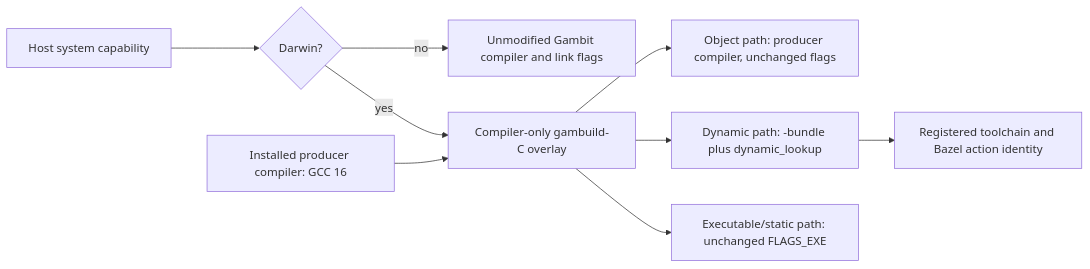
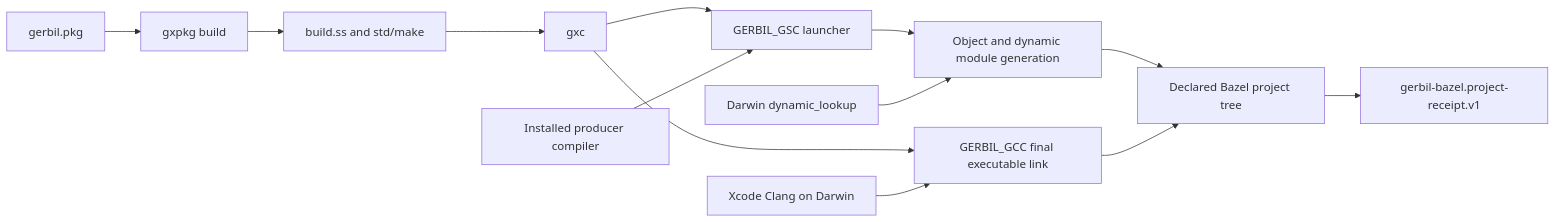
The second of 2 diagrams in docs/rfc/0004-project-receipt-v1-stability.org (tao3k/gerbil-bazel), drawn with Mermaid before and after one commit. The commit also changed other lines of this file and 29 other files, not shown here.

Commit message:
refactor: delegate Gerbil package and linker semantics upstream

```diff
--- a/docs/rfc/0004-project-receipt-v1-stability.org
+++ b/docs/rfc/0004-project-receipt-v1-stability.org
@@ -103,11 +111,15 @@
 #+begin_src mermaid
 flowchart LR
-  Host["Host system capability"] --> Choice{"Darwin?"}
-  Choice -->|"no"| Upstream["Unmodified Gambit compiler and link flags"]
-  Choice -->|"yes"| Overlay["Compiler-only gambuild-C overlay"]
-  Producer["Installed producer compiler: GCC 16"] --> Overlay
-  Overlay --> Obj["Object path: producer compiler, unchanged flags"]
-  Overlay --> Dyn["Dynamic path: -bundle plus dynamic_lookup"]
-  Overlay --> Exe["Executable/static path: unchanged FLAGS_EXE"]
-  Dyn --> ABI["Registered toolchain and Bazel action identity"]
+  Package["gerbil.pkg"] --> GXPKG["gxpkg build"]
+  GXPKG --> Build["build.ss and std/make"]
+  Build --> GXC["gxc"]
+  GXC --> GSC["GERBIL_GSC launcher"]
+  Producer["Installed producer compiler"] --> GSC
+  GSC --> Obj["Object and dynamic module generation"]
+  Darwin["Darwin dynamic_lookup"] --> Obj
+  GXC --> Final["GERBIL_GCC final executable link"]
+  Clang["Xcode Clang on Darwin"] --> Final
+  Obj --> Artifact["Declared Bazel project tree"]
+  Final --> Artifact
+  Artifact --> Receipt["gerbil-bazel.project-receipt.v1"]
 #+end_src
```
